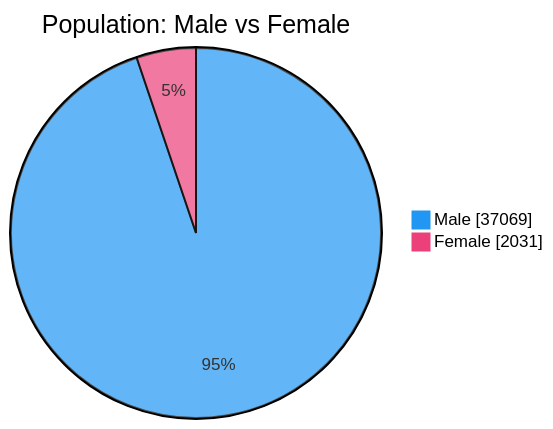
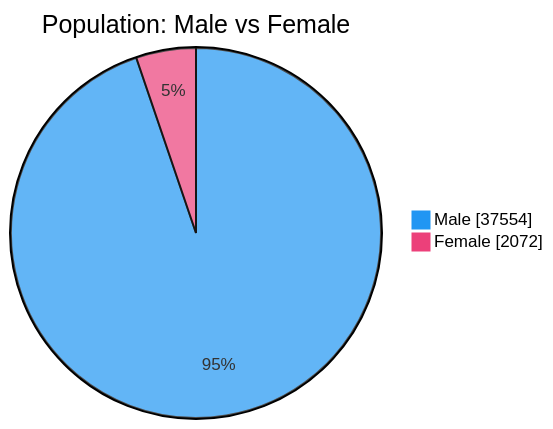
The second of 7 diagrams in README.md (nuuuwan/lk_prisons), drawn with Mermaid before and after one commit. The commit also changed other lines of this file and 1 other file, not shown here.

````diff
--- a/README.md
+++ b/README.md
@@ -54,6 +54,6 @@
 ```mermaid
 %%{init: {'themeVariables': {'pie1': '#2196F3', 'pie2': '#EC407A'}}}%%
 pie showData title Population: Male vs Female
-    "Male" : 37069
-    "Female" : 2031
+    "Male" : 37554
+    "Female" : 2072
 ```
````
